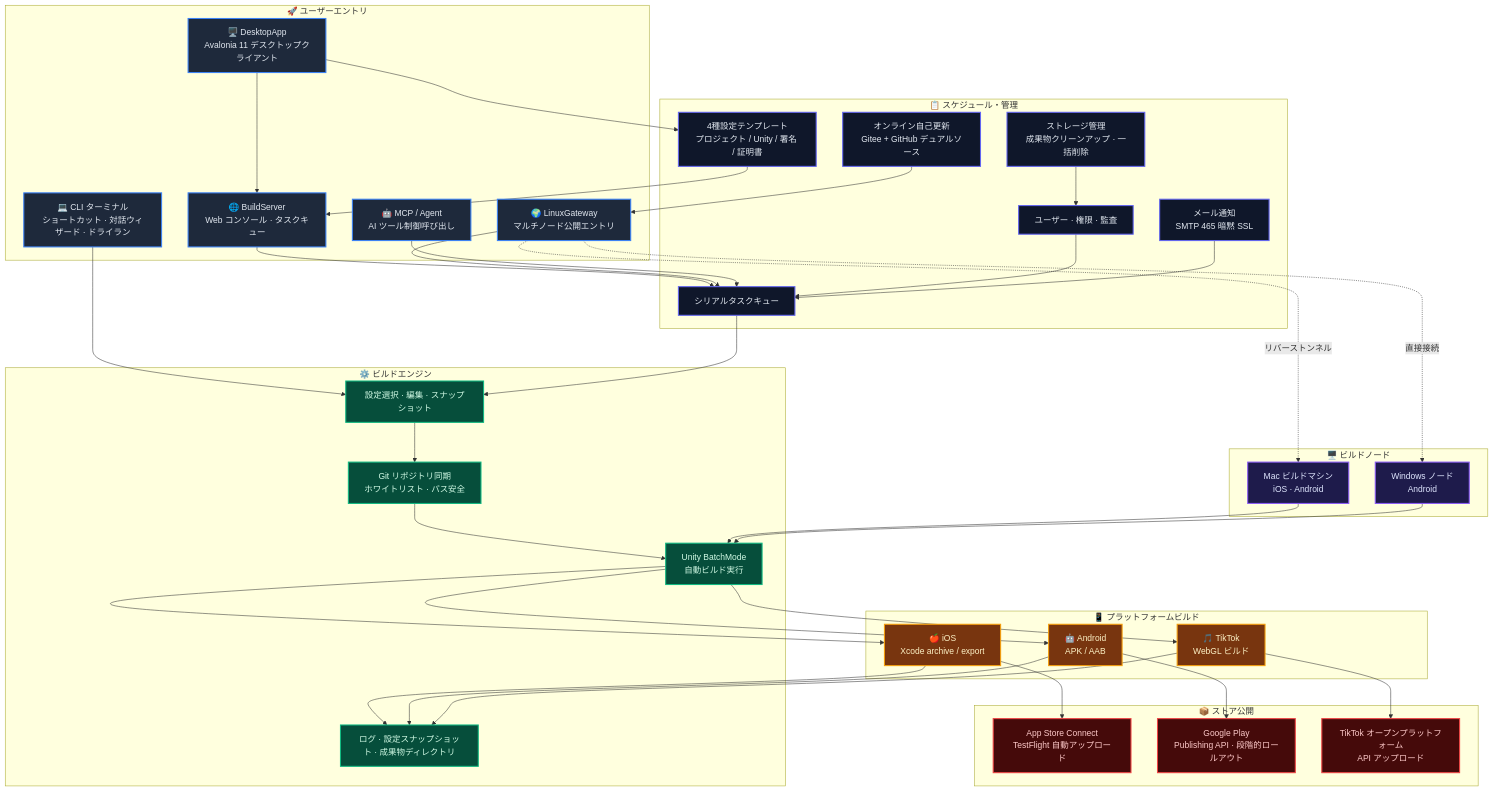
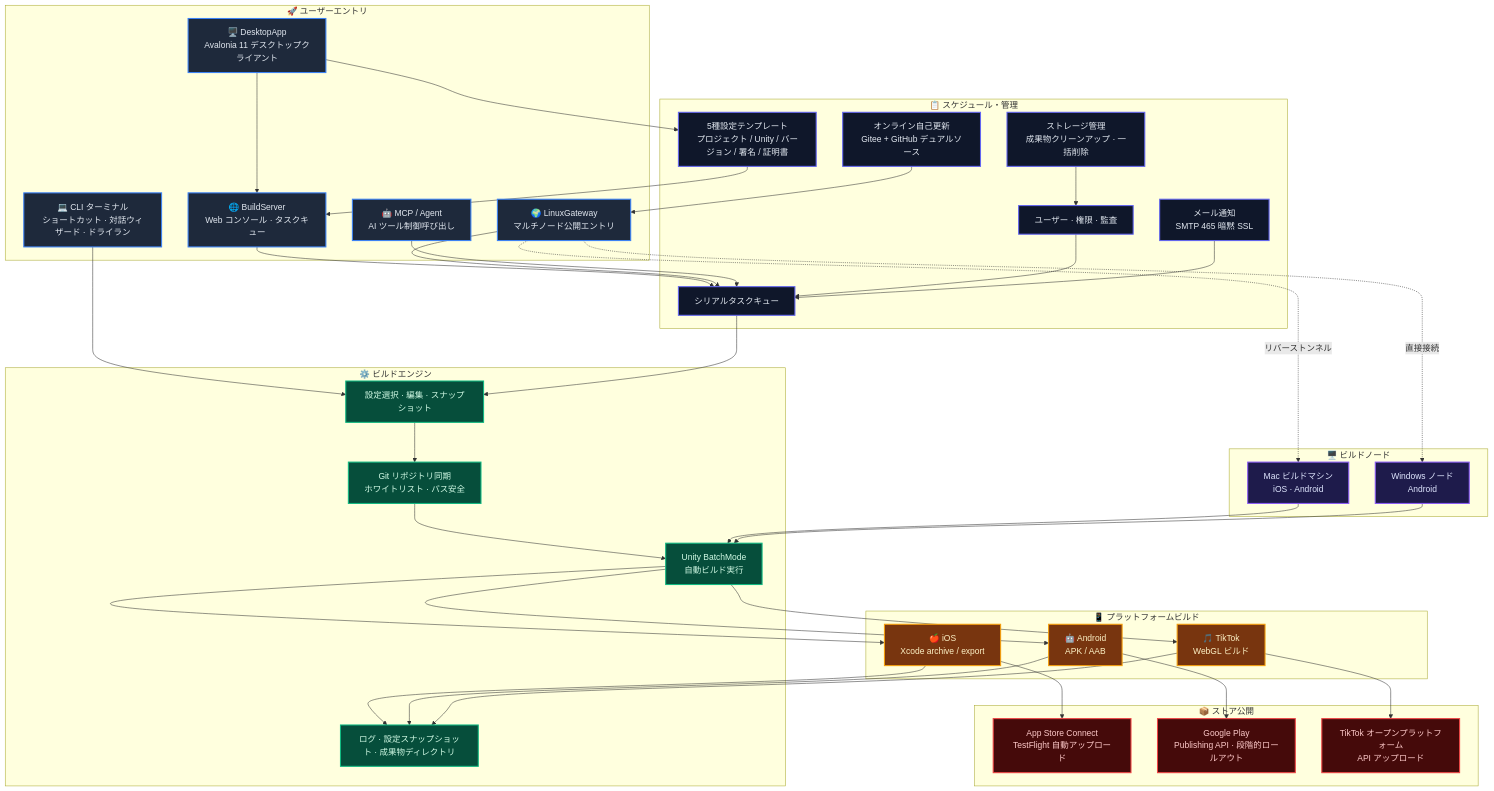
One commit to chenfengyimei/AutomationUnityBuild changed the diagram in README.ja.md. Above: the diagram before and after it, drawn with Mermaid. The commit also changed other lines of this file and 6 other files, not shown here.

```diff
--- a/README.ja.md
+++ b/README.ja.md
@@ -128,7 +160,7 @@
         Auth["ユーザー · 権限 · 監査"]
         Email["メール通知<br/>SMTP 465 暗黙 SSL"]
         Storage["ストレージ管理<br/>成果物クリーンアップ · 一括削除"]
-        Templates["4種設定テンプレート<br/>プロジェクト / Unity / 署名 / 証明書"]
+        Templates["5種設定テンプレート<br/>プロジェクト / Unity / バージョン / 署名 / 証明書"]
         AutoUpdate["オンライン自己更新<br/>Gitee + GitHub デュアルソース"]
     end
 
```
